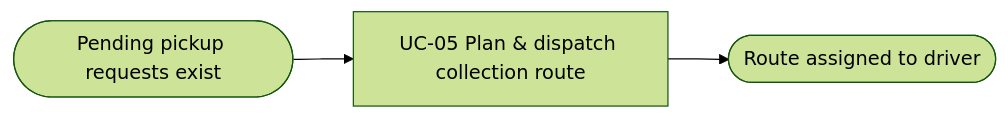
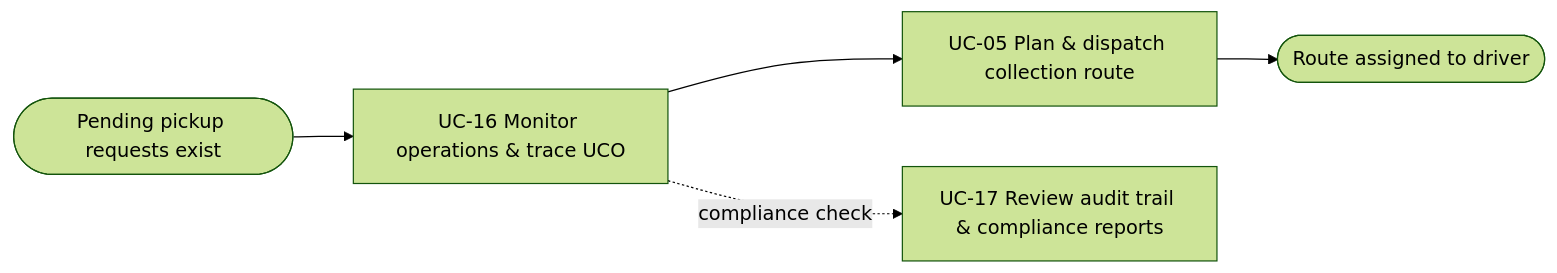
Before and after one commit to thuyvicbh-alt/DBIZ2---GROUP-D: the fourth of 4 diagrams in docs/external-design/usage-flow.md, drawn with Mermaid (forest theme). The commit also changed other lines of this file, not shown here.

````diff
--- a/docs/external-design/usage-flow.md
+++ b/docs/external-design/usage-flow.md
@@ -72,5 +76,7 @@
 ```mermaid
 flowchart LR
-  A(["Pending pickup requests exist"]) --> U5["UC-05 Plan & dispatch collection route"]
+  A(["Pending pickup requests exist"]) --> U16["UC-16 Monitor operations & trace UCO"]
+  U16 --> U5["UC-05 Plan & dispatch collection route"]
   U5 --> Z(["Route assigned to driver"])
+  U16 -.->|"compliance check"| U17["UC-17 Review audit trail & compliance reports"]
 ```
````
